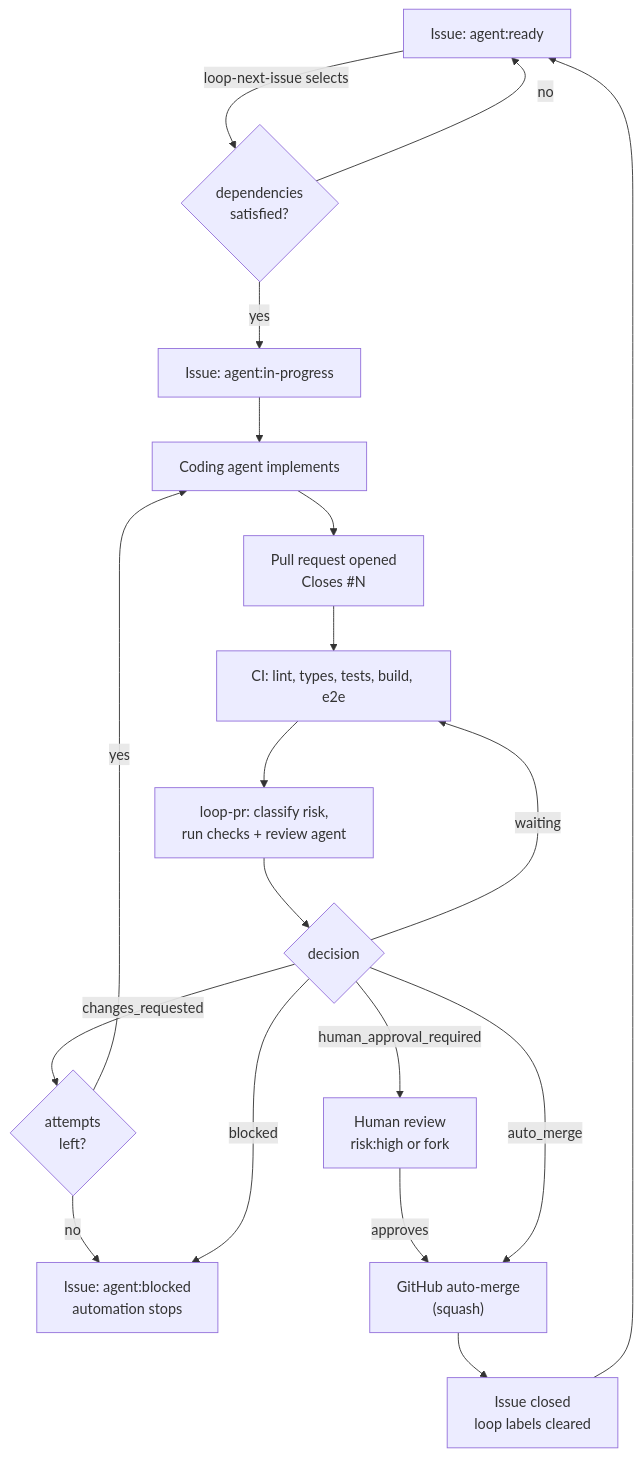
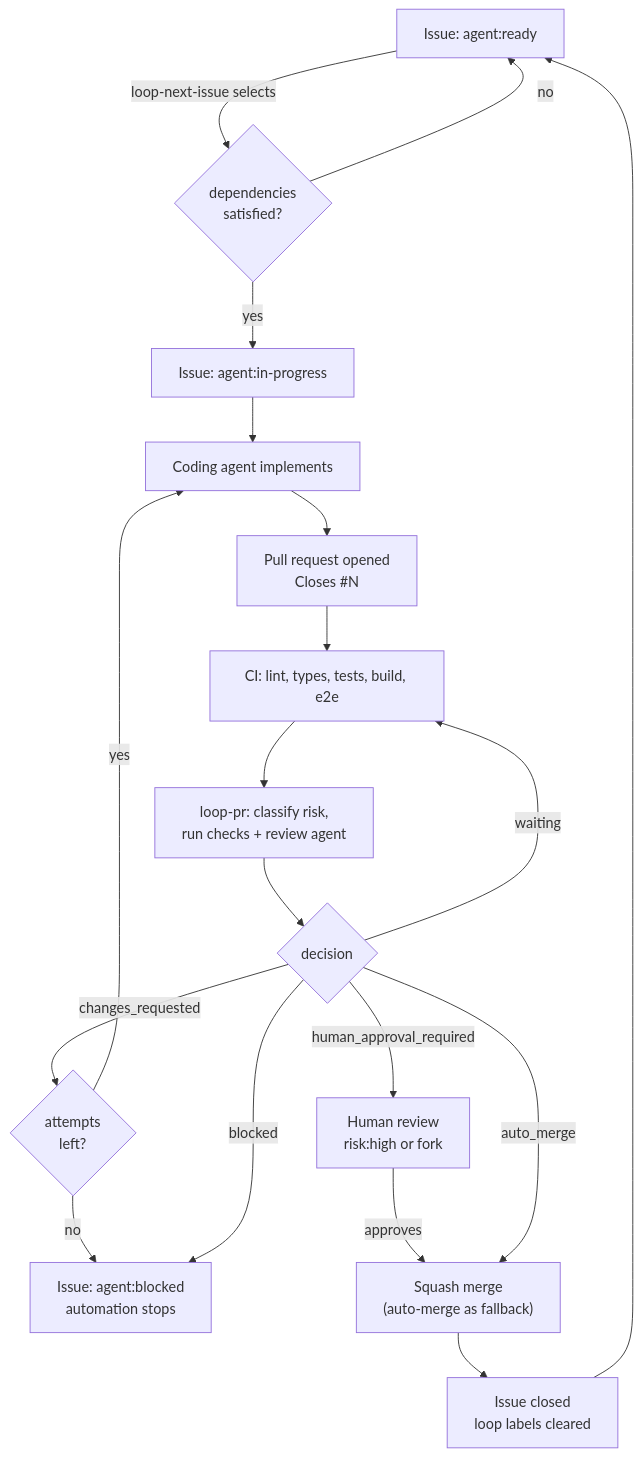
One commit to eastasann/space-elysiajs-orpc changed the second of 2 diagrams in docs/loop-engineering.md. Above: the diagram before and after it, drawn with Mermaid. The commit also changed other lines of this file and 4 other files, not shown here.

````diff
--- a/docs/loop-engineering.md
+++ b/docs/loop-engineering.md
@@ -338,24 +338,24 @@
 ```mermaid
 flowchart TD
     ready["Issue: agent:ready"] -->|loop-next-issue selects| claim{"dependencies\nsatisfied?"}
     claim -->|no| ready
     claim -->|yes| progress["Issue: agent:in-progress"]
     progress --> agent["Coding agent implements"]
     agent --> pr["Pull request opened\nCloses #N"]
     pr --> ci["CI: lint, types, tests, build, e2e"]
     ci --> gate["loop-pr: classify risk,\nrun checks + review agent"]
     gate --> decision{"decision"}
 
     decision -->|changes_requested| retry{"attempts\nleft?"}
     retry -->|yes| agent
     retry -->|no| blocked["Issue: agent:blocked\nautomation stops"]
 
     decision -->|blocked| blocked
     decision -->|waiting| ci
     decision -->|human_approval_required| human["Human review\nrisk:high or fork"]
     human -->|approves| merge
-    decision -->|auto_merge| merge["GitHub auto-merge\n(squash)"]
+    decision -->|auto_merge| merge["Squash merge\n(auto-merge as fallback)"]
 
     merge --> merged["Issue closed\nloop labels cleared"]
     merged --> ready
 ```
````
